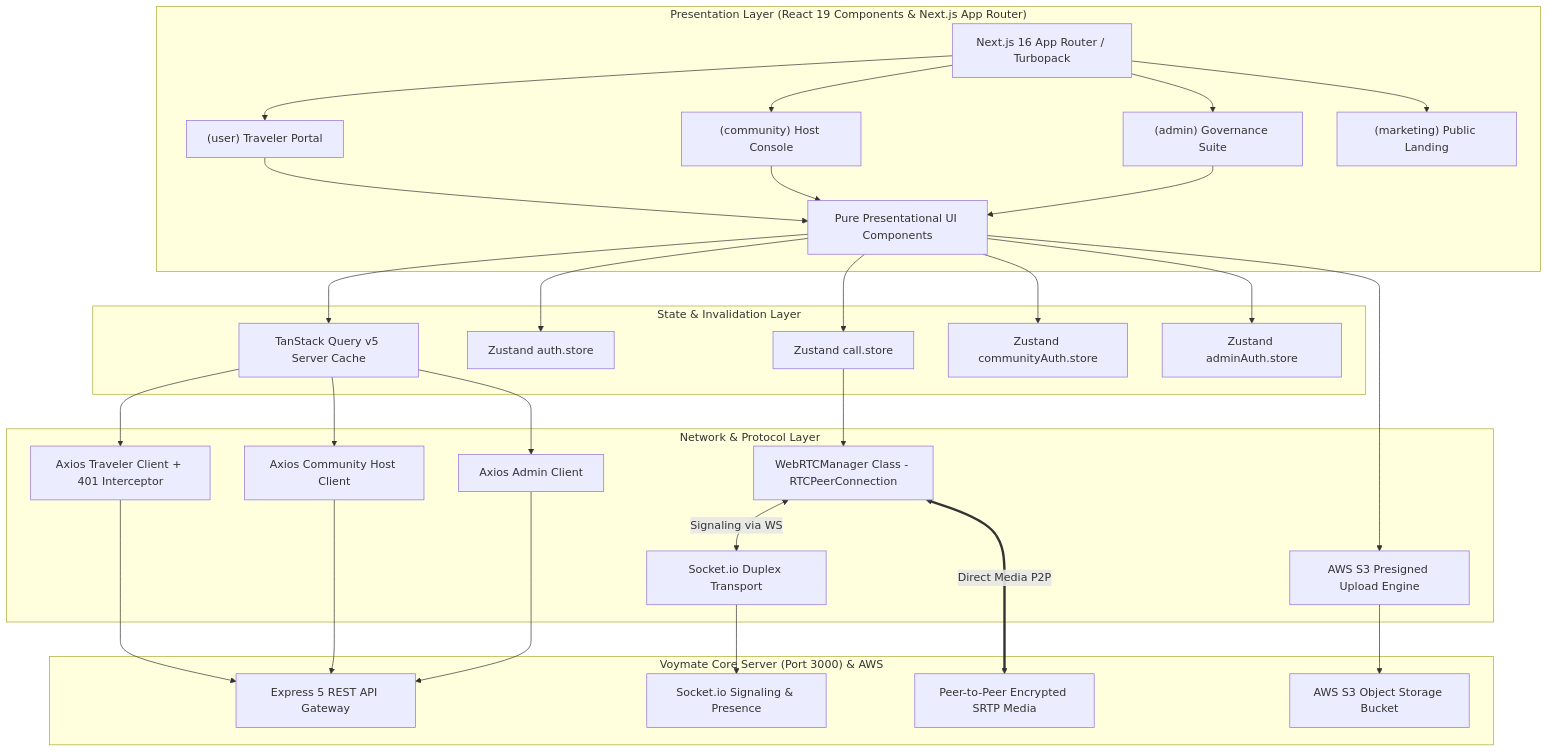
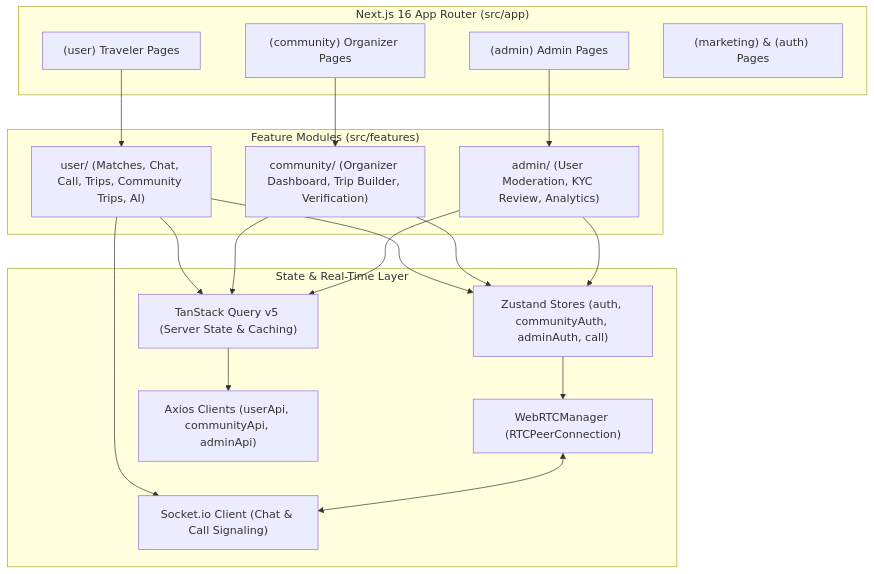
Before and after one commit to Nasif284/Voymate-client: the first of 2 diagrams in README.md, drawn with Mermaid. The commit also changed other lines of this file, not shown here.

Commit message:
docs: update client readme with accurate architecture and implementation details

````diff
--- a/README.md
+++ b/README.md
@@ -38,66 +29,40 @@
 ```mermaid
 graph TD
-    subgraph View_Layer ["Presentation Layer (React 19 Components & Next.js App Router)"]
-        ROUTER["Next.js 16 App Router / Turbopack"]
-        ROUTE_USER["(user) Traveler Portal"]
-        ROUTE_COMM["(community) Host Console"]
-        ROUTE_ADMIN["(admin) Governance Suite"]
-        ROUTE_MKTG["(marketing) Public Landing"]
-        UI_COMP["Pure Presentational UI Components"]
+    subgraph App_Router ["Next.js 16 App Router (src/app)"]
+        ROUTE_USER["(user) Traveler Pages"]
+        ROUTE_COMM["(community) Organizer Pages"]
+        ROUTE_ADMIN["(admin) Admin Pages"]
+        ROUTE_PUBLIC["(marketing) & (auth) Pages"]
     end
 
-    subgraph State_Layer ["State & Invalidation Layer"]
-        REACT_QUERY[TanStack Query v5 Server Cache]
-        ZUST_AUTH[Zustand auth.store]
-        ZUST_COMM[Zustand communityAuth.store]
-        ZUST_ADMIN[Zustand adminAuth.store]
-        ZUST_CALL[Zustand call.store]
+    subgraph Feature_Modules ["Feature Modules (src/features)"]
+        FEAT_USER["user/ (Matches, Chat, Call, Trips, Community Trips, AI)"]
+        FEAT_COMM["community/ (Organizer Dashboard, Trip Builder, Verification)"]
+        FEAT_ADMIN["admin/ (User Moderation, KYC Review, Analytics)"]
     end
 
-    subgraph Network_Layer ["Network & Protocol Layer"]
-        HTTP_USER[Axios Traveler Client + 401 Interceptor]
-        HTTP_COMM[Axios Community Host Client]
-        HTTP_ADMIN[Axios Admin Client]
-        WS_SOCKET[Socket.io Duplex Transport]
-        RTC_ENGINE[WebRTCManager Class - RTCPeerConnection]
-        S3_DIRECT[AWS S3 Presigned Upload Engine]
+    subgraph State_And_Services ["State & Real-Time Layer"]
+        RQ["TanStack Query v5 (Server State & Caching)"]
+        ZUSTAND["Zustand Stores (auth, communityAuth, adminAuth, call)"]
+        SOCKET["Socket.io Client (Chat & Call Signaling)"]
+        WEBRTC["WebRTCManager (RTCPeerConnection)"]
+        AXIOS["Axios Clients (userApi, communityApi, adminApi)"]
     end
 
-    subgraph Backend_Services ["Voymate Core Server (Port 3000) & AWS"]
-        API_GATEWAY[Express 5 REST API Gateway]
-        WS_SERVER[Socket.io Signaling & Presence]
-        S3_BUCKET[AWS S3 Object Storage Bucket]
-        P2P_STREAM[Peer-to-Peer Encrypted SRTP Media]
-    end
+    ROUTE_USER --> FEAT_USER
+    ROUTE_COMM --> FEAT_COMM
+    ROUTE_ADMIN --> FEAT_ADMIN
 
-    ROUTER --> ROUTE_USER
-    ROUTER --> ROUTE_COMM
-    ROUTER --> ROUTE_ADMIN
-    ROUTER --> ROUTE_MKTG
+    FEAT_USER --> RQ
+    FEAT_COMM --> RQ
+    FEAT_ADMIN --> RQ
 
-    ROUTE_USER --> UI_COMP
-    ROUTE_COMM --> UI_COMP
-    ROUTE_ADMIN --> UI_COMP
+    FEAT_USER --> ZUSTAND
+    FEAT_COMM --> ZUSTAND
+    FEAT_ADMIN --> ZUSTAND
 
-    UI_COMP --> REACT_QUERY
-    UI_COMP --> ZUST_AUTH
-    UI_COMP --> ZUST_CALL
-    UI_COMP --> ZUST_COMM
-    UI_COMP --> ZUST_ADMIN
-
-    REACT_QUERY --> HTTP_USER
-    REACT_QUERY --> HTTP_COMM
-    REACT_QUERY --> HTTP_ADMIN
-
-    ZUST_CALL --> RTC_ENGINE
-    UI_COMP --> S3_DIRECT
-
-    HTTP_USER --> API_GATEWAY
-    HTTP_COMM --> API_GATEWAY
-    HTTP_ADMIN --> API_GATEWAY
-
-    WS_SOCKET --> WS_SERVER
-    RTC_ENGINE <-->|Signaling via WS| WS_SOCKET
-    RTC_ENGINE <===>|Direct Media P2P| P2P_STREAM
-    S3_DIRECT --> S3_BUCKET
+    RQ --> AXIOS
+    FEAT_USER --> SOCKET
+    ZUSTAND --> WEBRTC
+    WEBRTC <--> SOCKET
 ```
````
